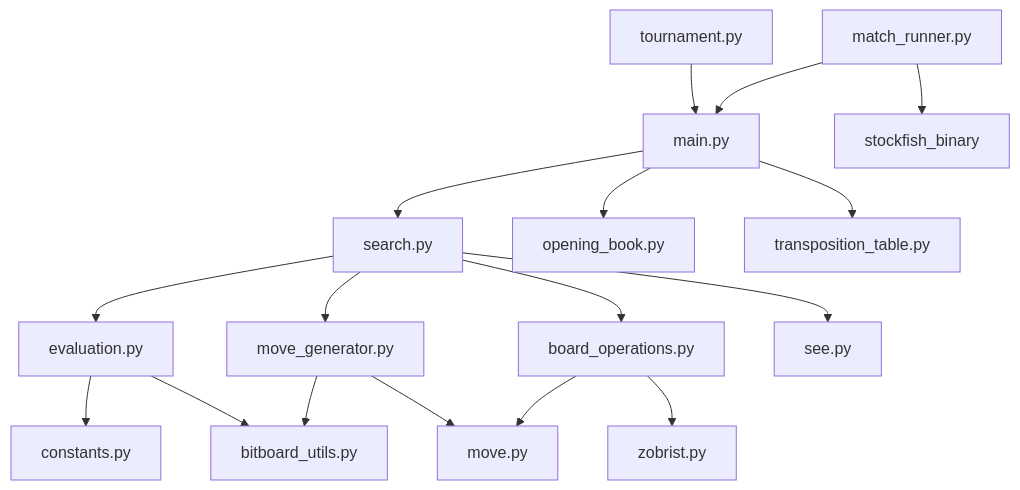
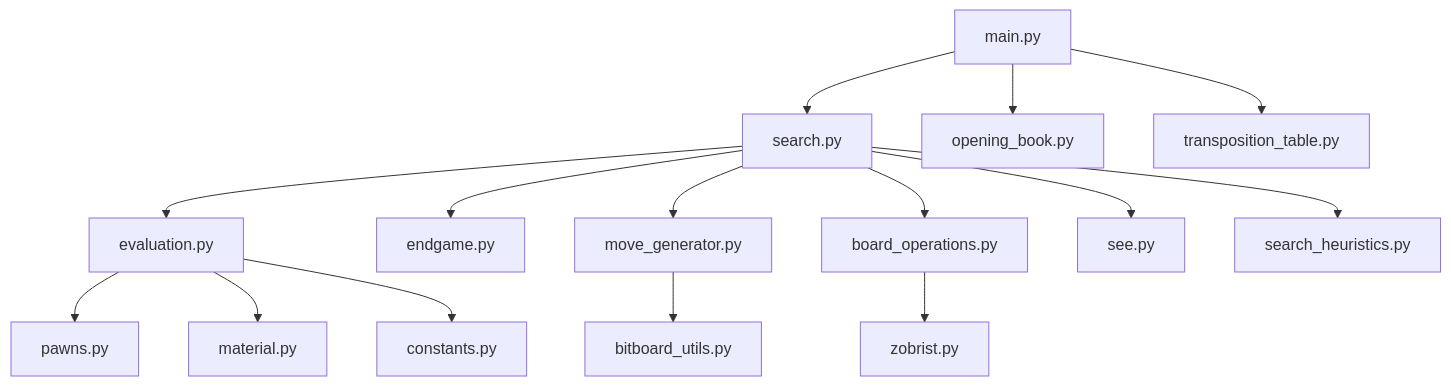
The diagram in chess_engine/README.md (b08203031/chess_numba), drawn with Mermaid before and after one commit. The commit also changed other lines of this file and 57 other files, not shown here.

````diff
--- a/chess_engine/README.md
+++ b/chess_engine/README.md
@@ -100,24 +111,20 @@
 ```mermaid
 graph TD
     main.py --> search.py
     main.py --> opening_book.py
     main.py --> transposition_table.py
 
     search.py --> evaluation.py
+    search.py --> endgame.py
     search.py --> move_generator.py
     search.py --> board_operations.py
     search.py --> see.py
+    search.py --> search_heuristics.py
 
+    evaluation.py --> pawns.py
+    evaluation.py --> material.py
     evaluation.py --> constants.py
-    evaluation.py --> bitboard_utils.py
 
     move_generator.py --> bitboard_utils.py
-    move_generator.py --> move.py
-
     board_operations.py --> zobrist.py
-    board_operations.py --> move.py
-
-    tournament.py --> main.py
-    match_runner.py --> main.py
-    match_runner.py --> stockfish_binary
 ```
````
